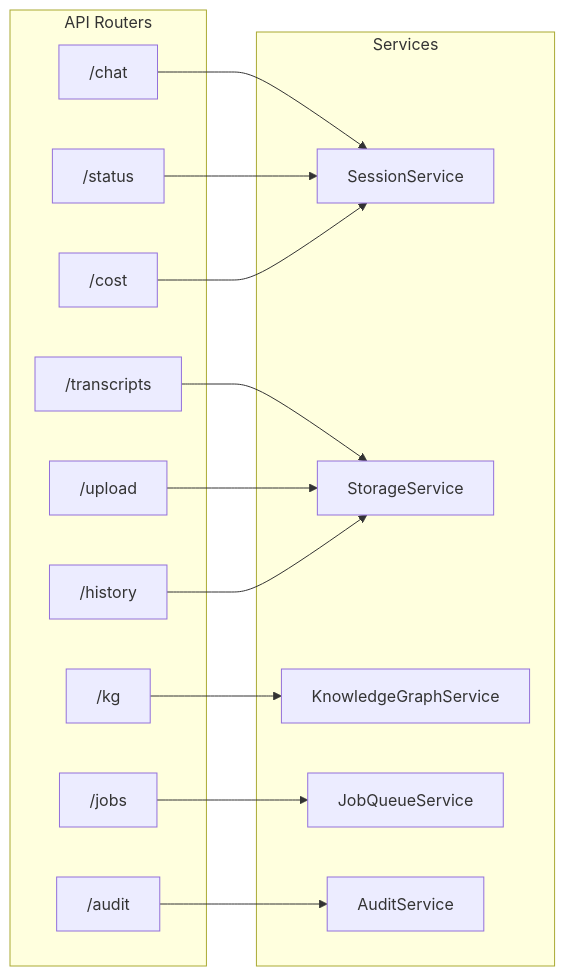
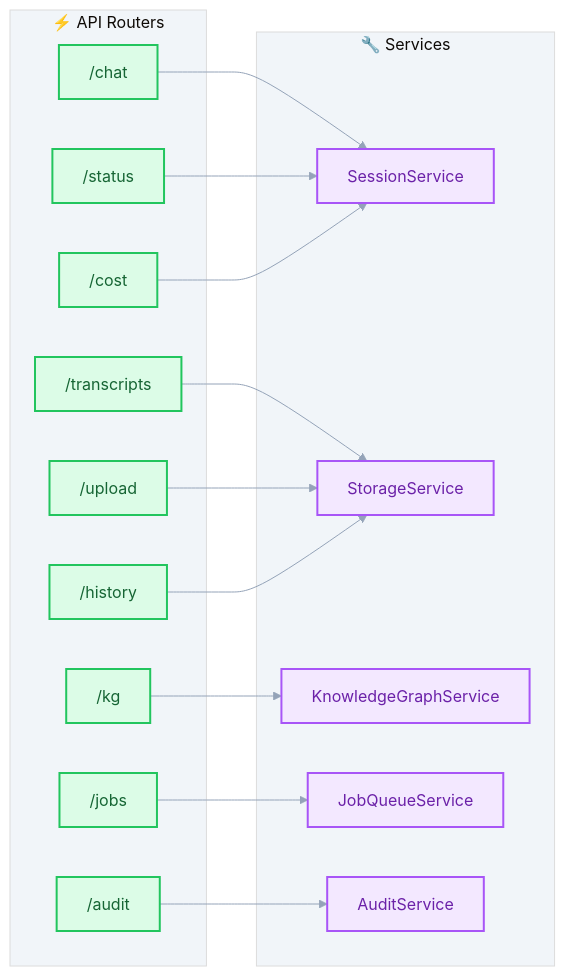
The diagram in guides/api-reference.md (costiash/CognivAgent), drawn with Mermaid before and after one commit. The commit also changed 15 other files, not shown here.

First line of the commit message:
docs: add screenshots, demo video, and style Mermaid diagrams

````diff
--- a/guides/api-reference.md
+++ b/guides/api-reference.md
@@ -49,32 +49,39 @@
 ```mermaid
+%%{init: {'theme': 'base', 'themeVariables': { 'primaryColor': '#818cf8', 'primaryTextColor': '#1e1b4b', 'primaryBorderColor': '#6366f1', 'lineColor': '#94a3b8', 'secondaryColor': '#f8fafc', 'tertiaryColor': '#f1f5f9'}}}%%
 graph LR
-    subgraph "API Routers"
+    subgraph Routers["⚡ API Routers"]
         CHAT["/chat"]
         STATUS["/status"]
         TRANS["/transcripts"]
         KG["/kg"]
         JOBS["/jobs"]
         AUDIT["/audit"]
         COST["/cost"]
         UPLOAD["/upload"]
         HIST["/history"]
     end
 
-    subgraph "Services"
+    subgraph Services["🔧 Services"]
         SS[SessionService]
         TS[StorageService]
         KGS[KnowledgeGraphService]
         JQS[JobQueueService]
         AS[AuditService]
     end
 
     CHAT --> SS
     STATUS --> SS
     TRANS --> TS
     KG --> KGS
     JOBS --> JQS
     AUDIT --> AS
     COST --> SS
     UPLOAD --> TS
     HIST --> TS
+
+    classDef router fill:#dcfce7,stroke:#22c55e,stroke-width:2px,color:#166534
+    classDef service fill:#f3e8ff,stroke:#a855f7,stroke-width:2px,color:#6b21a8
+
+    class CHAT,STATUS,TRANS,KG,JOBS,AUDIT,COST,UPLOAD,HIST router
+    class SS,TS,KGS,JQS,AS service
 ```
````
